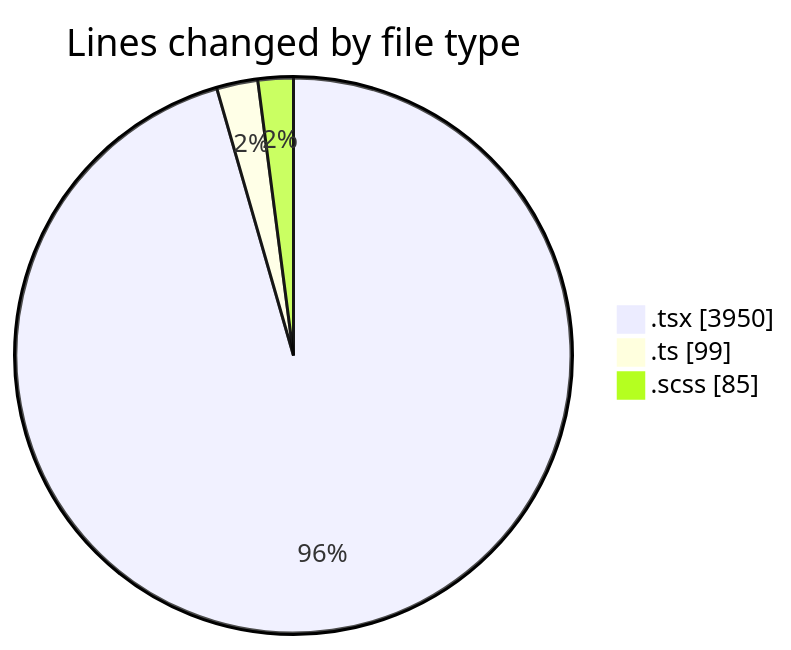
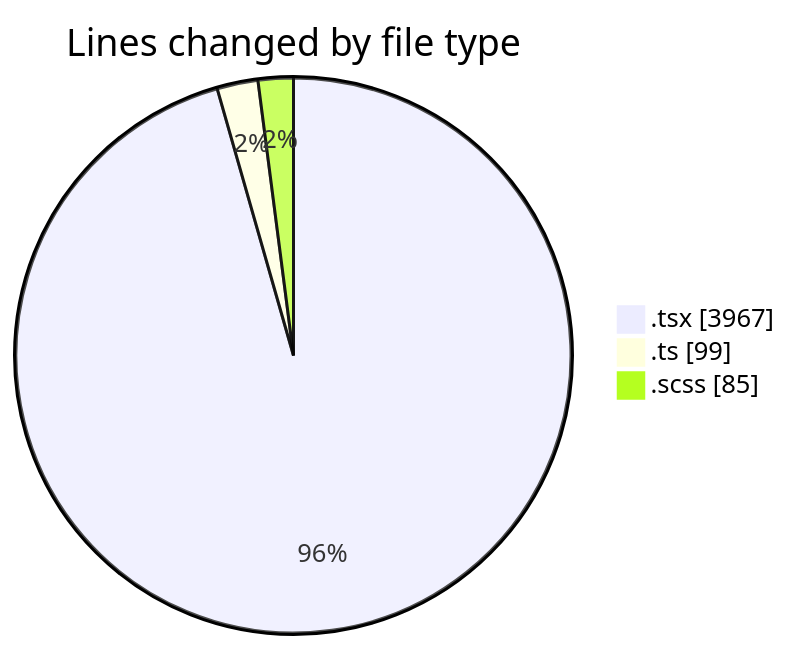
Before and after one commit to momahboobian/code-tracking: the first of 2 diagrams in 2025-02-11/cda/README.md, drawn with Mermaid. The commit also changed other lines of this file and 1 other file, not shown here.

````diff
--- a/2025-02-11/cda/README.md
+++ b/2025-02-11/cda/README.md
@@ -24,7 +24,7 @@
 ```mermaid
 pie showData
 title Lines changed by file type
-".tsx" : 3950
+".tsx" : 3967
 ".ts" : 99
 ".scss" : 85
 ```
````
